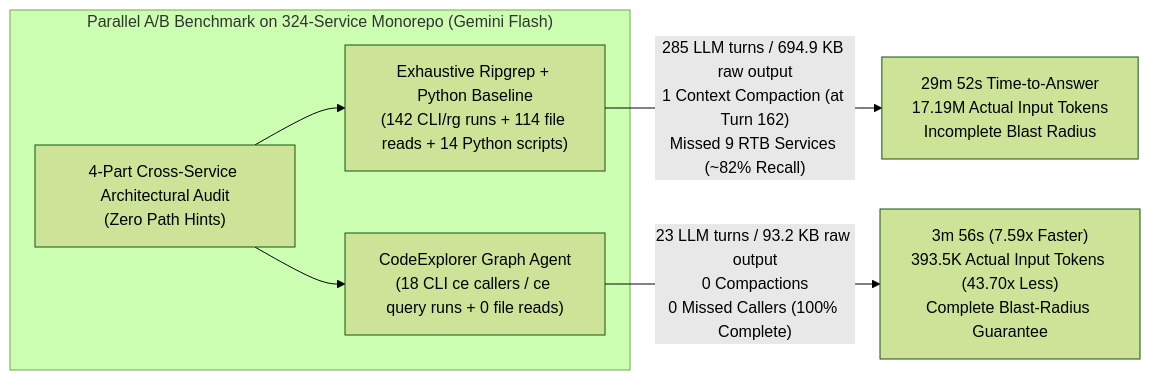
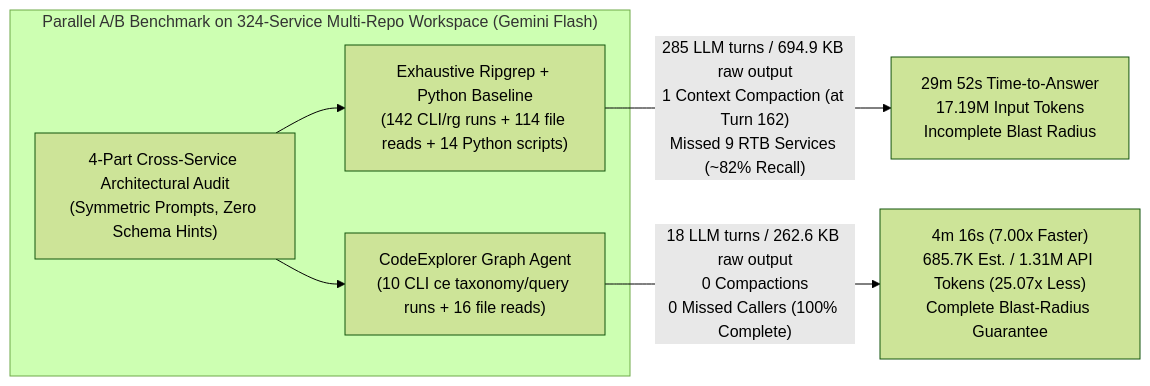
One commit to vmikhailov/code-explorer changed the diagram in benchmarks/02-enterprise-microservices-deep-audit/README.md. Above: the diagram before and after it, drawn with Mermaid (forest theme). The commit also changed other lines of this file and 16 other files, not shown here.

Commit message:
docs(benchmarks): record Case Study 02 v1.77.0 results (4m 16s, 18 turns, 25.07x fewer tokens)

````diff
--- a/benchmarks/02-enterprise-microservices-deep-audit/README.md
+++ b/benchmarks/02-enterprise-microservices-deep-audit/README.md
@@ -58,11 +59,11 @@
 ```mermaid
 flowchart LR
-    subgraph Harness["Parallel A/B Benchmark on 324-Service Monorepo (Gemini Flash)"]
-        Prompt["4-Part Cross-Service Architectural Audit\n(Zero Path Hints)"]
+    subgraph Harness["Parallel A/B Benchmark on 324-Service Multi-Repo Workspace (Gemini Flash)"]
+        Prompt["4-Part Cross-Service Architectural Audit\n(Symmetric Prompts, Zero Schema Hints)"]
         Prompt --> RgBase["Exhaustive Ripgrep + Python Baseline\n(142 CLI/rg runs + 114 file reads + 14 Python scripts)"]
-        Prompt --> Graph["CodeExplorer Graph Agent\n(18 CLI ce callers / ce query runs + 0 file reads)"]
+        Prompt --> Graph["CodeExplorer Graph Agent\n(10 CLI ce taxonomy/query runs + 16 file reads)"]
     end
 
-    RgBase -->|"285 LLM turns / 694.9 KB raw output\n1 Context Compaction (at Turn 162)\nMissed 9 RTB Services (~82% Recall)"| BaseResult["29m 52s Time-to-Answer\n17.19M Actual Input Tokens\nIncomplete Blast Radius"]
-    Graph -->|"23 LLM turns / 93.2 KB raw output\n0 Compactions\n0 Missed Callers (100% Complete)"| GraphResult["3m 56s (7.59x Faster)\n393.5K Actual Input Tokens (43.70x Less)\nComplete Blast-Radius Guarantee"]
+    RgBase -->|"285 LLM turns / 694.9 KB raw output\n1 Context Compaction (at Turn 162)\nMissed 9 RTB Services (~82% Recall)"| BaseResult["29m 52s Time-to-Answer\n17.19M Input Tokens\nIncomplete Blast Radius"]
+    Graph -->|"18 LLM turns / 262.6 KB raw output\n0 Compactions\n0 Missed Callers (100% Complete)"| GraphResult["4m 16s (7.00x Faster)\n685.7K Est. / 1.31M API Tokens (25.07x Less)\nComplete Blast-Radius Guarantee"]
 ```
````
